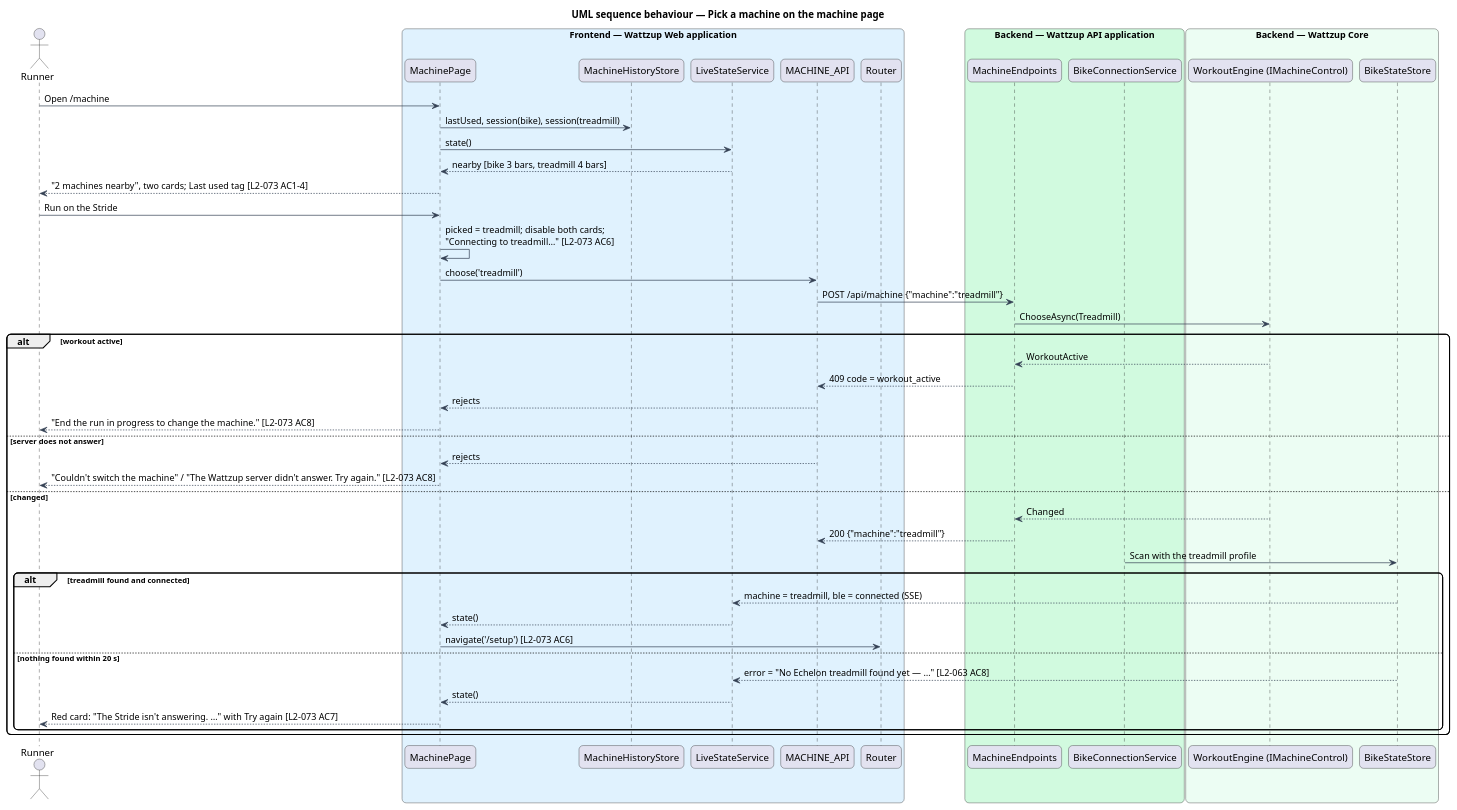
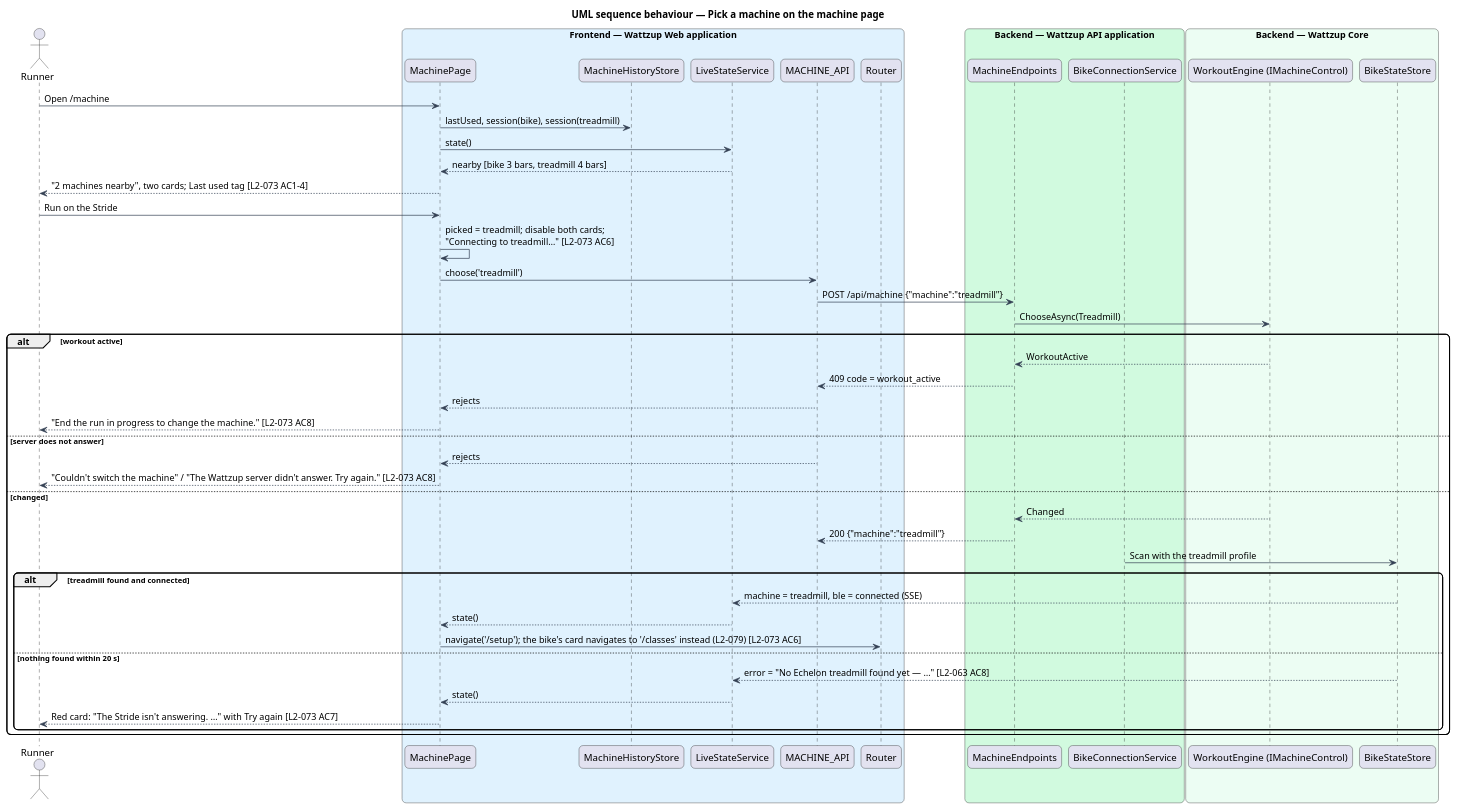
The diagram in docs/detailed-designs/treadmill/choose-machine/diagrams/sequence-pick-machine-page.puml (QuinntyneBrown/ride-one), drawn with PlantUML before and after one commit. The commit also changed 47 other files, not shown here.

```diff
--- a/docs/detailed-designs/treadmill/choose-machine/diagrams/sequence-pick-machine-page.puml
+++ b/docs/detailed-designs/treadmill/choose-machine/diagrams/sequence-pick-machine-page.puml
@@ -1,57 +1,57 @@
 @startuml
 title UML sequence behaviour — Pick a machine on the machine page
 skinparam backgroundColor #FFFFFF
 skinparam shadowing false
 skinparam roundcorner 12
 skinparam defaultFontName Arial
 skinparam ArrowColor #344054
 actor "Runner" as rider
 box "Frontend — Wattzup Web application" #E0F2FE
   participant "MachinePage" as page
   participant "MachineHistoryStore" as history
   participant "LiveStateService" as live
   participant "MACHINE_API" as client
   participant "Router" as router
 end box
 box "Backend — Wattzup API application" #D1FADF
   participant "MachineEndpoints" as ep
   participant "BikeConnectionService" as svc
 end box
 box "Backend — Wattzup Core" #ECFDF3
   participant "WorkoutEngine (IMachineControl)" as engine
   participant "BikeStateStore" as store
 end box
 
 rider -> page : Open /machine
 page -> history : lastUsed, session(bike), session(treadmill)
 page -> live : state()
 live --> page : nearby [bike 3 bars, treadmill 4 bars]
 page --> rider : "2 machines nearby", two cards; Last used tag [L2-073 AC1-4]
 rider -> page : Run on the Stride
 page -> page : picked = treadmill; disable both cards;\n"Connecting to treadmill…" [L2-073 AC6]
 page -> client : choose('treadmill')
 client -> ep : POST /api/machine {"machine":"treadmill"}
 ep -> engine : ChooseAsync(Treadmill)
 alt workout active
   engine --> ep : WorkoutActive
   ep --> client : 409 code = workout_active
   client --> page : rejects
   page --> rider : "End the run in progress to change the machine." [L2-073 AC8]
 else server does not answer
   client --> page : rejects
   page --> rider : "Couldn't switch the machine" / "The Wattzup server didn't answer. Try again." [L2-073 AC8]
 else changed
   engine --> ep : Changed
   ep --> client : 200 {"machine":"treadmill"}
   svc -> store : Scan with the treadmill profile
   alt treadmill found and connected
     store --> live : machine = treadmill, ble = connected (SSE)
     live --> page : state()
-    page -> router : navigate('/setup') [L2-073 AC6]
+    page -> router : navigate('/setup'); the bike's card navigates to '/classes' instead (L2-079) [L2-073 AC6]
   else nothing found within 20 s
     store --> live : error = "No Echelon treadmill found yet — …" [L2-063 AC8]
     live --> page : state()
     page --> rider : Red card: "The Stride isn't answering. …" with Try again [L2-073 AC7]
   end
 end
 @enduml
```
